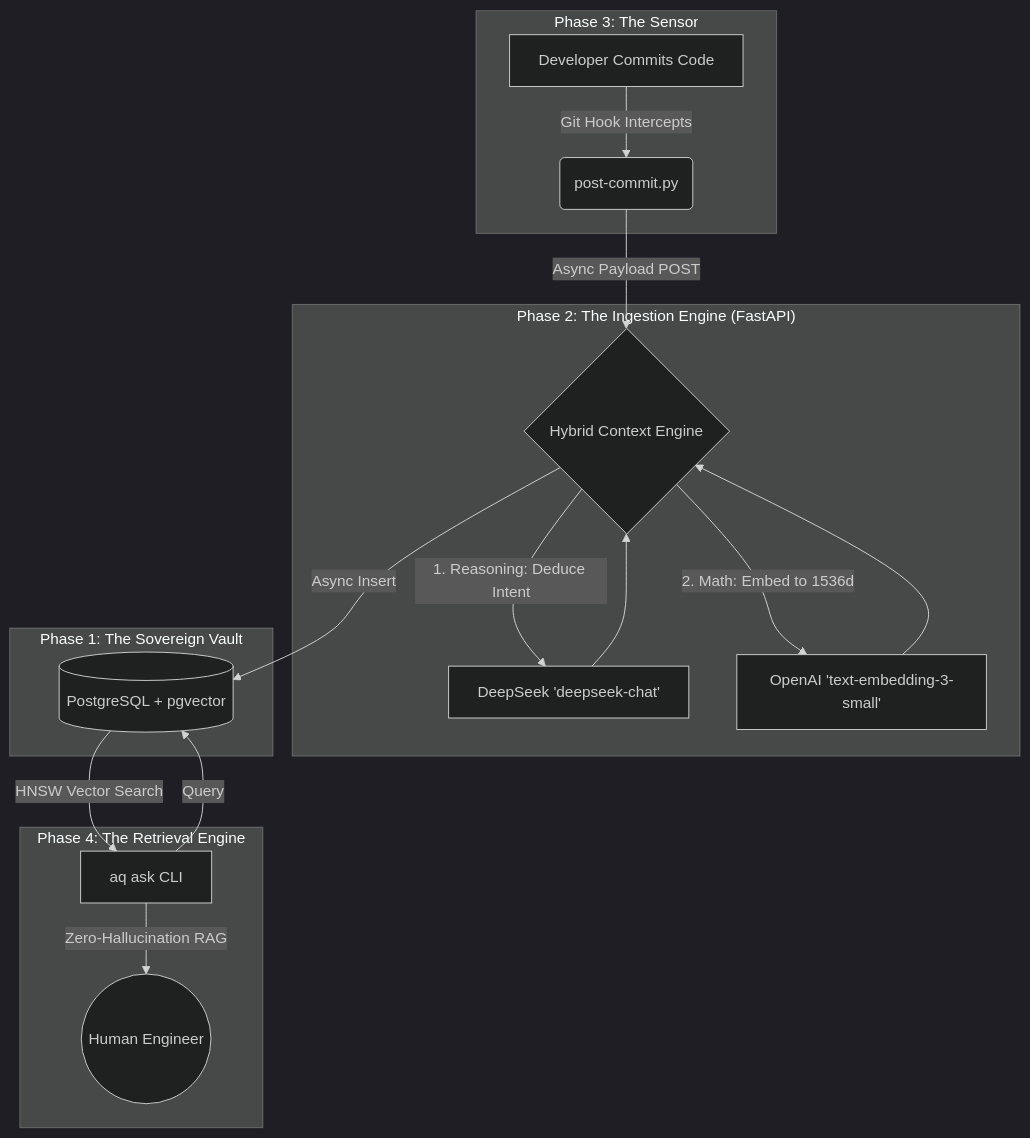
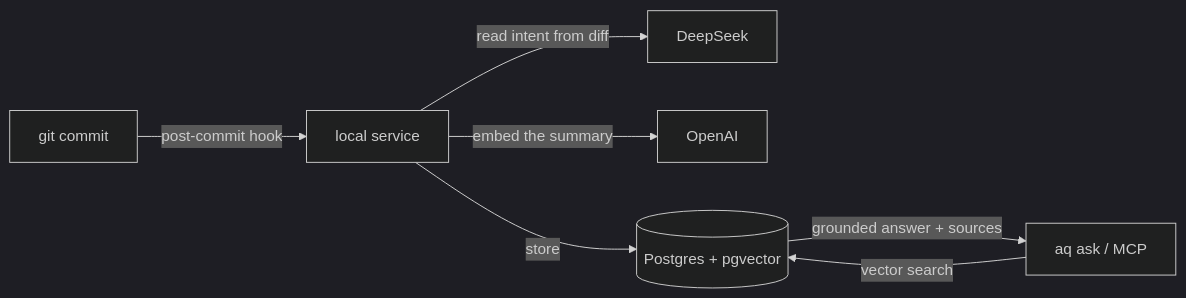
Before and after one commit to sidhurt/aqueitas: the diagram in README.md, drawn with Mermaid (dark theme). The commit also changed other lines of this file, not shown here.

````diff
--- a/README.md
+++ b/README.md
@@ -174,24 +128,9 @@
 ```mermaid
-graph TD
-    subgraph "Phase 3: The Sensor"
-        A[Developer Commits Code] -->|Git Hook Intercepts| B(post-commit.py)
-    end
-
-    subgraph "Phase 2: The Ingestion Engine (FastAPI)"
-        B -->|Async Payload POST| C{Hybrid Context Engine}
-        C -->|1. Reasoning: Deduce Intent| D[DeepSeek 'deepseek-chat']
-        C -->|2. Math: Embed to 1536d| E[OpenAI 'text-embedding-3-small']
-        D --> C
-        E --> C
-    end
-
-    subgraph "Phase 1: The Sovereign Vault"
-        C -->|Async Insert| F[(PostgreSQL + pgvector)]
-    end
-
-    subgraph "Phase 4: The Retrieval Engine"
-        G[aq ask CLI] -->|Query| F
-        F -->|HNSW Vector Search| G
-        G -->|Zero-Hallucination RAG| H((Human Engineer))
-    end
+graph LR
+    A[git commit] -->|post-commit hook| B[local service]
+    B -->|read intent from diff| C[DeepSeek]
+    B -->|embed the summary| D[OpenAI]
+    B -->|store| E[(Postgres + pgvector)]
+    F["aq ask / MCP"] -->|vector search| E
+    E -->|grounded answer + sources| F
 ```
````
